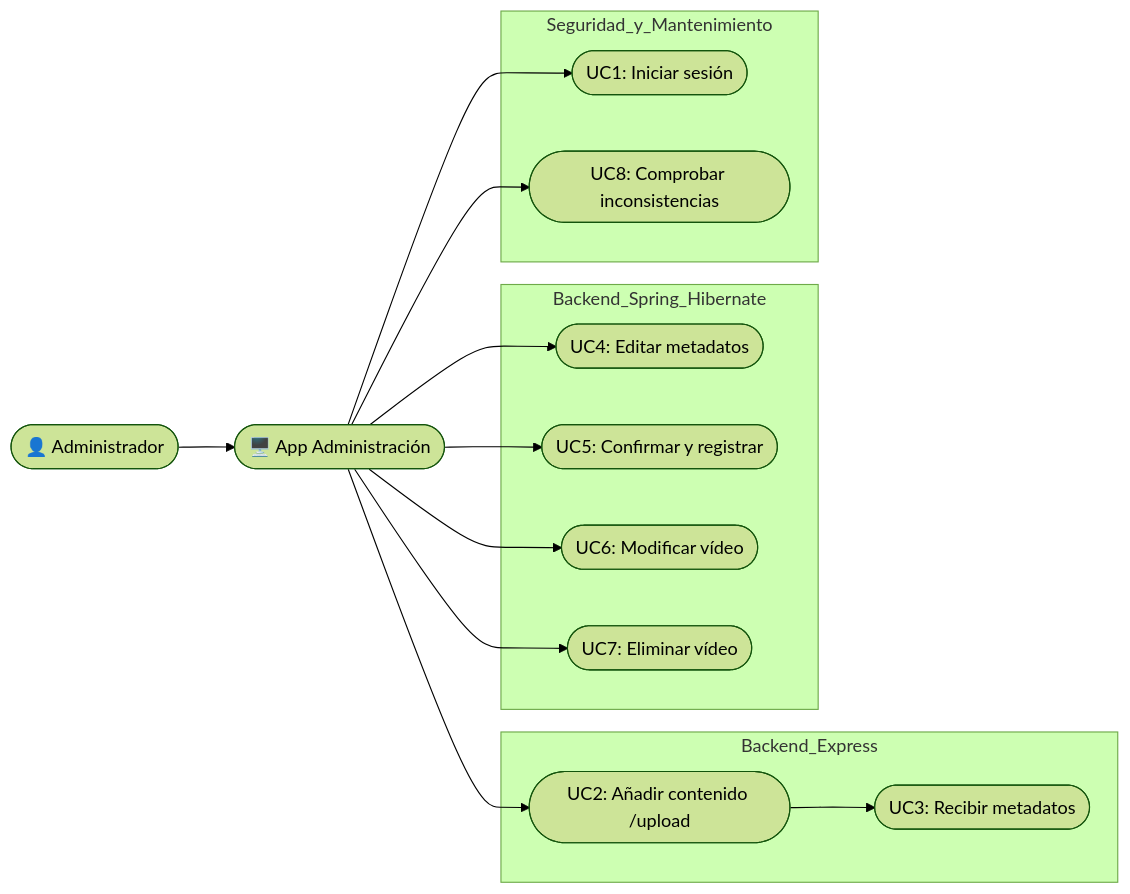
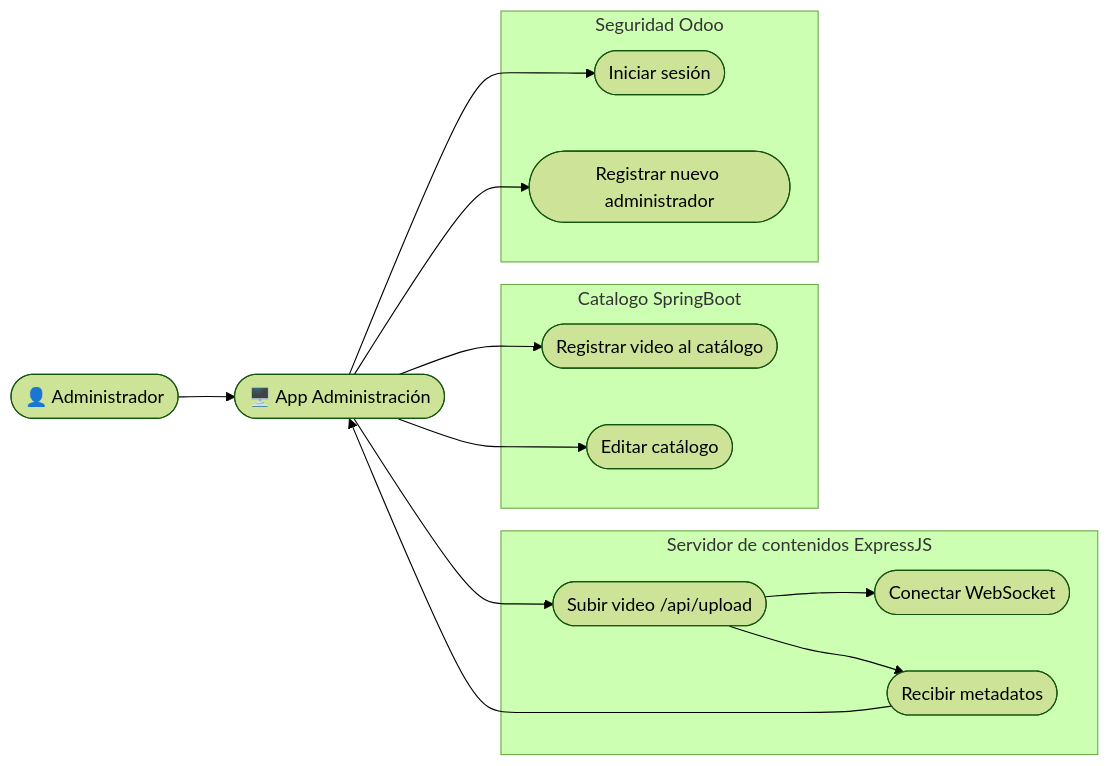
The first of 5 diagrams in docs/frontend/administrador_contenidos.md (ComfyPenguin/Bloste-Docs), drawn with Mermaid (forest theme) before and after one commit. The commit also changed other lines of this file and 9 other files, not shown here.

Commit message:
Squashed commit of the following: - Documentacion de Admin-vue y Media_server-ExpressJS

````diff
--- a/docs/frontend/administrador_contenidos.md
+++ b/docs/frontend/administrador_contenidos.md
@@ -31,33 +38,37 @@
 ```mermaid
 flowchart LR
     Admin([👤 Administrador])
     AppAdmin([🖥️ App Administración])
-
-    subgraph Backend_Express
-        SubirVideo([UC2: Añadir contenido /upload])
-        RecibirMeta([UC3: Recibir metadatos])
+    
+    subgraph Servidor de contenidos ExpressJS
+        SubirVideo([Subir video /api/upload])
+        ConectarWS([Conectar WebSocket])
+        RecibirMeta([Recibir metadatos])
     end
 
-    subgraph Backend_Spring_Hibernate
-        EditarMeta([UC4: Editar metadatos])
-        RegistrarVideo([UC5: Confirmar y registrar])
-        ModificarVideo([UC6: Modificar vídeo])
-        EliminarVideo([UC7: Eliminar vídeo])
+
+    subgraph Catalogo SpringBoot
+        RegistrarVideo([Registrar video al catálogo])
+        ModificarVideo([Editar catálogo])
     end
 
-    subgraph Seguridad_y_Mantenimiento
-        Login([UC1: Iniciar sesión])
-        Inconsistencies([UC8: Comprobar inconsistencias])
+    subgraph Seguridad Odoo
+        Login([Iniciar sesión])
+        Signin([Registrar nuevo administrador])
     end
 
     Admin --> AppAdmin
+
     AppAdmin --> Login
+    AppAdmin --> Signin
+
     AppAdmin --> SubirVideo
     SubirVideo --> RecibirMeta
-    AppAdmin --> EditarMeta
+    RecibirMeta --> AppAdmin
+
+    SubirVideo --> ConectarWS
+
     AppAdmin --> RegistrarVideo
     AppAdmin --> ModificarVideo
-    AppAdmin --> EliminarVideo
-    AppAdmin --> Inconsistencies
 
 ```
````
